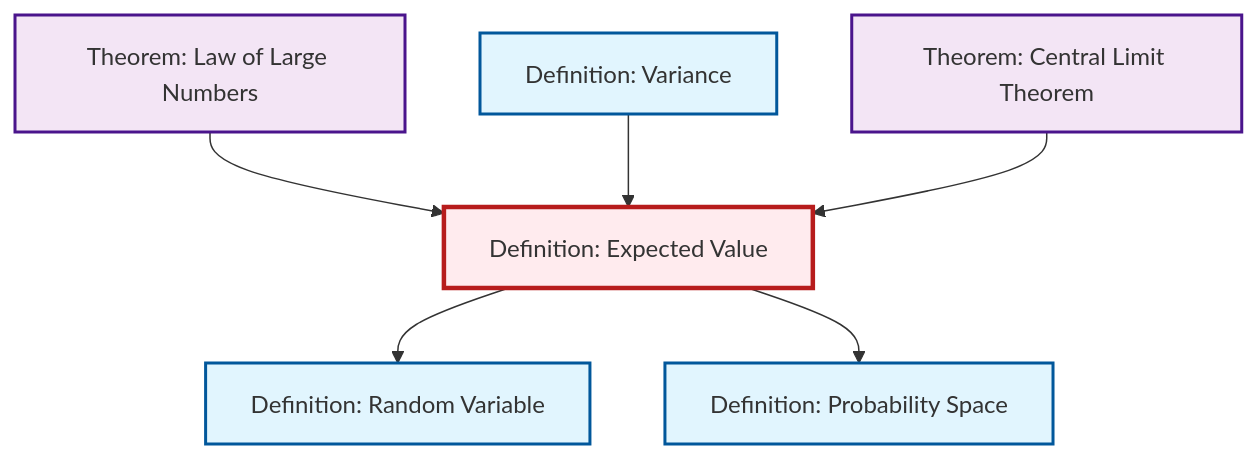
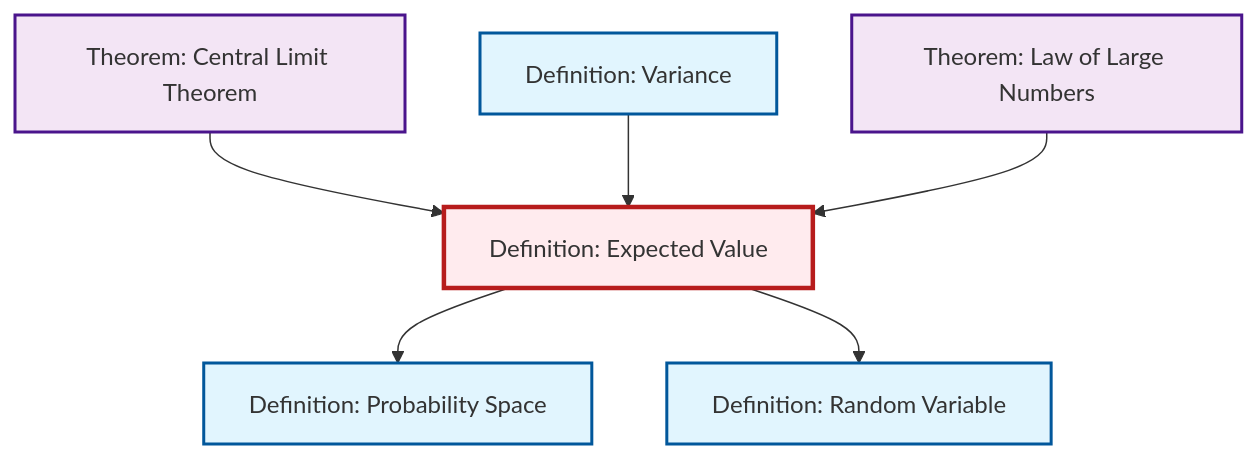
The second of 2 diagrams in content/ja/probability-statistics/def-expectation.qmd (RK0429/ModernMath), drawn with Mermaid before and after one commit. The commit also changed other lines of this file and 554 other files, not shown here.

````diff
--- a/content/ja/probability-statistics/def-expectation.qmd
+++ b/content/ja/probability-statistics/def-expectation.qmd
@@ -88,26 +88,26 @@
 ```{mermaid}
 %%| fig-cap: "Local dependency graph"
 graph TD
     classDef definition fill:#e1f5fe,stroke:#01579b,stroke-width:2px
     classDef theorem fill:#f3e5f5,stroke:#4a148c,stroke-width:2px
     classDef axiom fill:#fff3e0,stroke:#e65100,stroke-width:2px
     classDef example fill:#e8f5e9,stroke:#1b5e20,stroke-width:2px
     classDef current fill:#ffebee,stroke:#b71c1c,stroke-width:3px
+    def-variance["Definition: Variance"]:::definition
     def-random-variable["Definition: Random Variable"]:::definition
+    thm-law-of-large-numbers["Theorem: Law of Large Numbers"]:::theorem
+    thm-central-limit["Theorem: Central Limit Theorem"]:::theorem
+    def-probability-space["Definition: Probability Space"]:::definition
     def-expectation["Definition: Expected Value"]:::definition
-    thm-law-of-large-numbers["Theorem: Law of Large Numbers"]:::theorem
-    def-probability-space["Definition: Probability Space"]:::definition
-    thm-central-limit["Theorem: Central Limit Theorem"]:::theorem
-    def-variance["Definition: Variance"]:::definition
+    thm-central-limit --> def-expectation
+    def-expectation --> def-probability-space
+    def-variance --> def-expectation
     thm-law-of-large-numbers --> def-expectation
     def-expectation --> def-random-variable
-    def-expectation --> def-probability-space
-    def-variance --> def-expectation
-    thm-central-limit --> def-expectation
     class def-expectation current
+    click def-variance "def-variance.html" "Definition: Varianceへ"
     click def-random-variable "def-random-variable.html" "Definition: Random Variableへ"
     click thm-law-of-large-numbers "thm-law-of-large-numbers.html" "Theorem: Law of Large Numbersへ"
+    click thm-central-limit "thm-central-limit.html" "Theorem: Central Limit Theoremへ"
     click def-probability-space "def-probability-space.html" "Definition: Probability Spaceへ"
-    click thm-central-limit "thm-central-limit.html" "Theorem: Central Limit Theoremへ"
-    click def-variance "def-variance.html" "Definition: Varianceへ"
 ```
````
